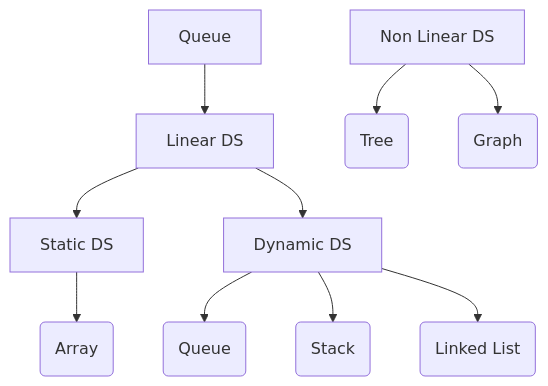
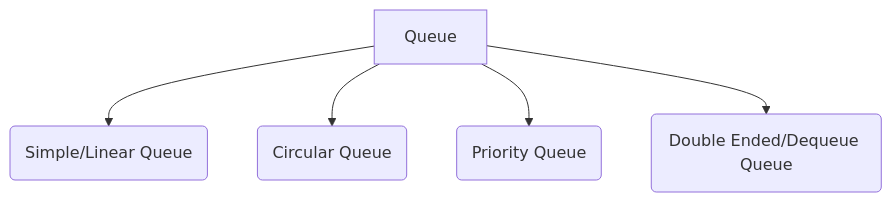
Before and after one commit to thejunghare/DataStructure: the diagram in Linear-ds/Dynamic-ds/Queue/README.md, drawn with Mermaid.

Commit message:
Update types README.md

````diff
--- a/Linear-ds/Dynamic-ds/Queue/README.md
+++ b/Linear-ds/Dynamic-ds/Queue/README.md
@@ -7,12 +7,7 @@
 ```mermaid
 graph TD
-    A[Queue] --> B(Linear)
-    B[Linear DS] --> D(Static DS)
-    B[Linear DS] --> E(Dyamic DS)
-    D[Static DS] --> H(Array)
-    E[Dynamic DS] --> I(Queue)
-    E[Dynamic DS] --> J(Stack)
-    E[Dynamic DS] --> K(Linked List)
-    C[Non Linear DS] --> F(Tree)
-    C[Non Linear DS] --> G(Graph)
+    A[Queue] --> B(Simple/Linear Queue)
+    A[Queue] --> c(Circular Queue)
+    A[Queue] --> d(Priority Queue)
+    A[Queue] --> E(Double Ended/Dequeue Queue)
 ```
````
